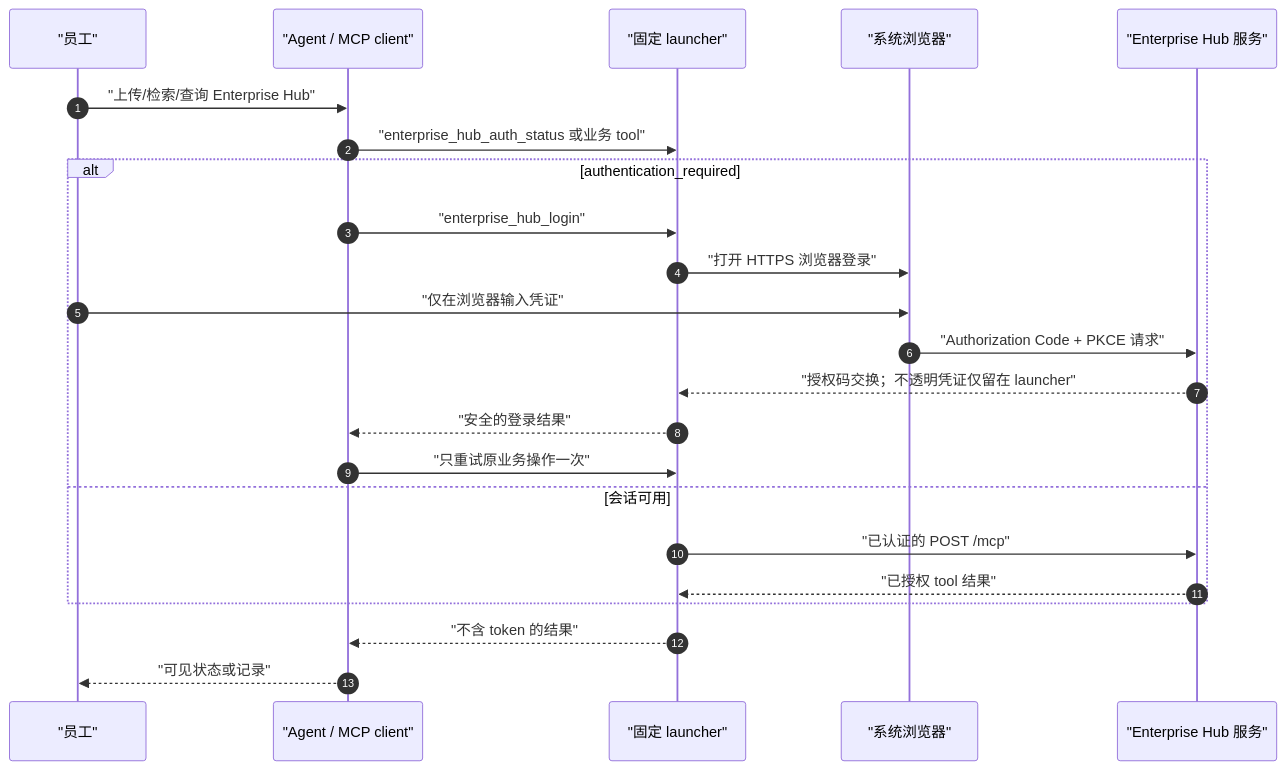
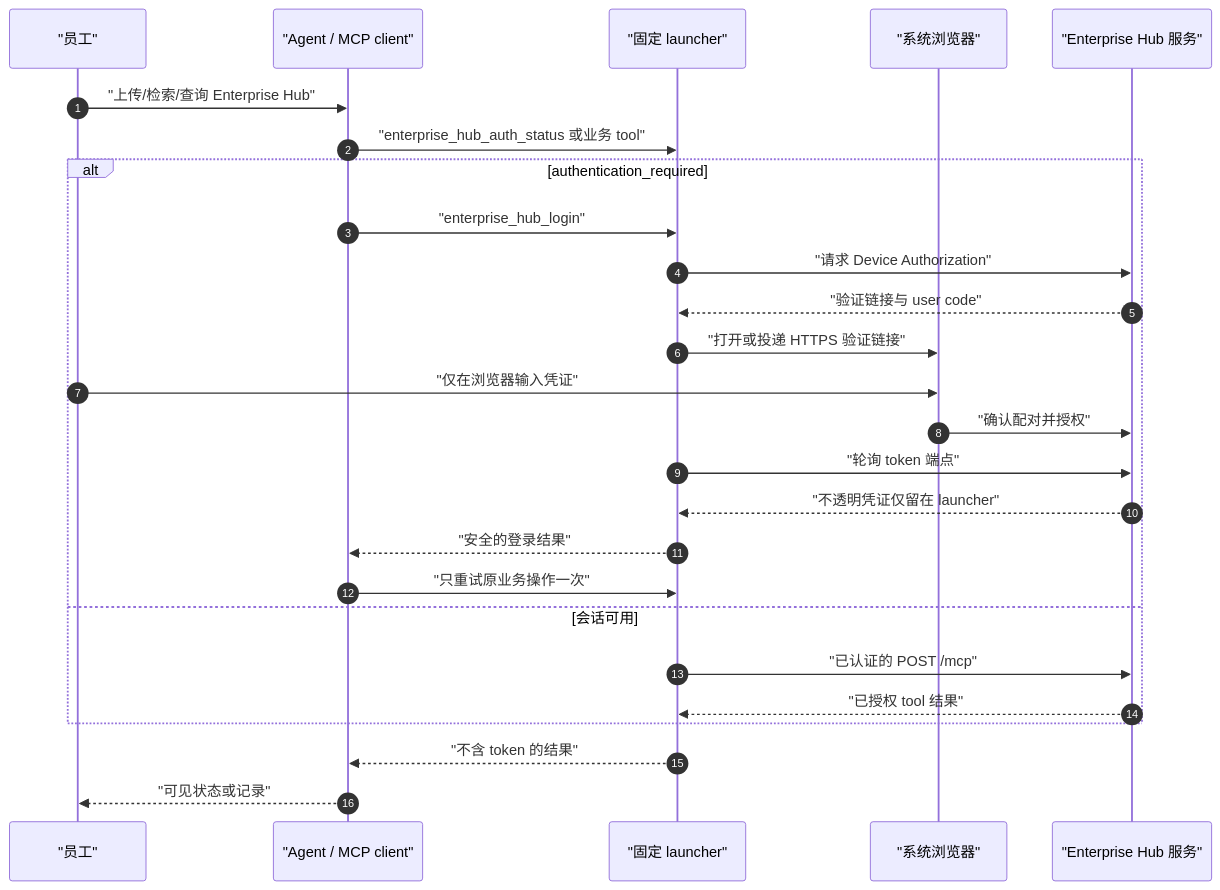
Before and after one commit to YinXiaoyu-1998/SME_DATA_CENTER: the second of 2 diagrams in docs/implementation/mcp-user-flow.zh.md, drawn with Mermaid. The commit also changed other lines of this file and 13 other files, not shown here.

````diff
--- a/docs/implementation/mcp-user-flow.zh.md
+++ b/docs/implementation/mcp-user-flow.zh.md
@@ -50,26 +51,29 @@
 ```mermaid
 sequenceDiagram
   autonumber
   participant E as "员工"
   participant A as "Agent / MCP client"
   participant L as "固定 launcher"
   participant B as "系统浏览器"
   participant S as "Enterprise Hub 服务"
 
   E->>A: "上传/检索/查询 Enterprise Hub"
   A->>L: "enterprise_hub_auth_status 或业务 tool"
   alt authentication_required
     A->>L: "enterprise_hub_login"
-    L->>B: "打开 HTTPS 浏览器登录"
+    L->>S: "请求 Device Authorization"
+    S-->>L: "验证链接与 user code"
+    L->>B: "打开或投递 HTTPS 验证链接"
     E->>B: "仅在浏览器输入凭证"
-    B->>S: "Authorization Code + PKCE 请求"
-    S-->>L: "授权码交换；不透明凭证仅留在 launcher"
+    B->>S: "确认配对并授权"
+    L->>S: "轮询 token 端点"
+    S-->>L: "不透明凭证仅留在 launcher"
     L-->>A: "安全的登录结果"
     A->>L: "只重试原业务操作一次"
   else 会话可用
     L->>S: "已认证的 POST /mcp"
     S-->>L: "已授权 tool 结果"
   end
   L-->>A: "不含 token 的结果"
   A-->>E: "可见状态或记录"
 ```
````
